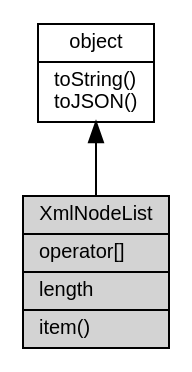
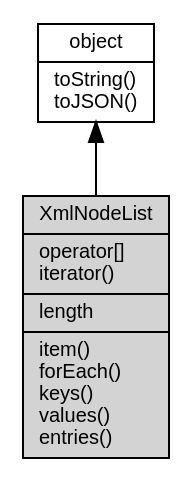
The diagram in docs/manual/object/ifs/XmlNodeList.md (fibjs/fibjs.org), drawn with Graphviz before and after one commit. The commit also changed other lines of this file and 148 other files, not shown here.

First line of the commit message:
feat: add ZlibCodec documentation and update object graph

````diff
--- a/docs/manual/object/ifs/XmlNodeList.md
+++ b/docs/manual/object/ifs/XmlNodeList.md
@@ -5,10 +5,10 @@
 ```dot
 digraph {
     node [fontname="Helvetica,sans-Serif", fontsize=10, shape="record", style="filled", fillcolor="white"];
 
     object [tooltip="object", URL="object.md", label="{object|toString()\ltoJSON()\l}"];
-    XmlNodeList [tooltip="XmlNodeList", fillcolor="lightgray", id="me", label="{XmlNodeList|operator[]\l|length\l|item()\l}"];
+    XmlNodeList [tooltip="XmlNodeList", fillcolor="lightgray", id="me", label="{XmlNodeList|operator[]\literator()\l|length\l|item()\lforEach()\lkeys()\lvalues()\lentries()\l}"];
 
     object -> XmlNodeList [dir=back];
 }
 ```
````
